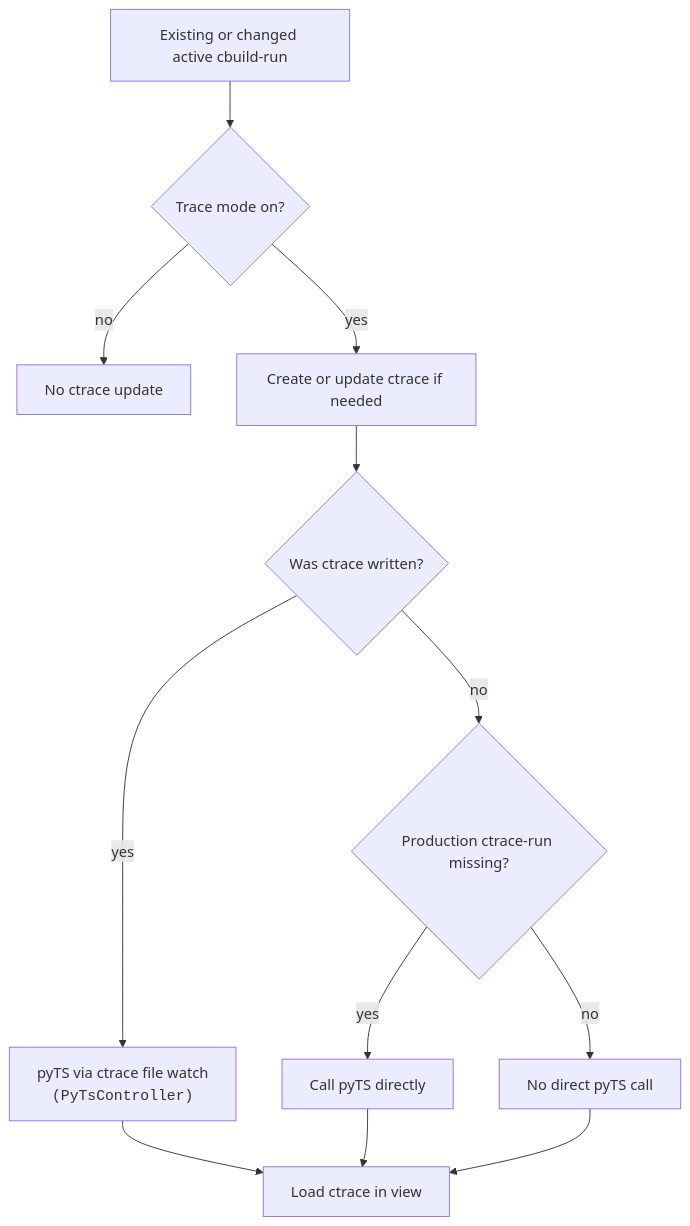
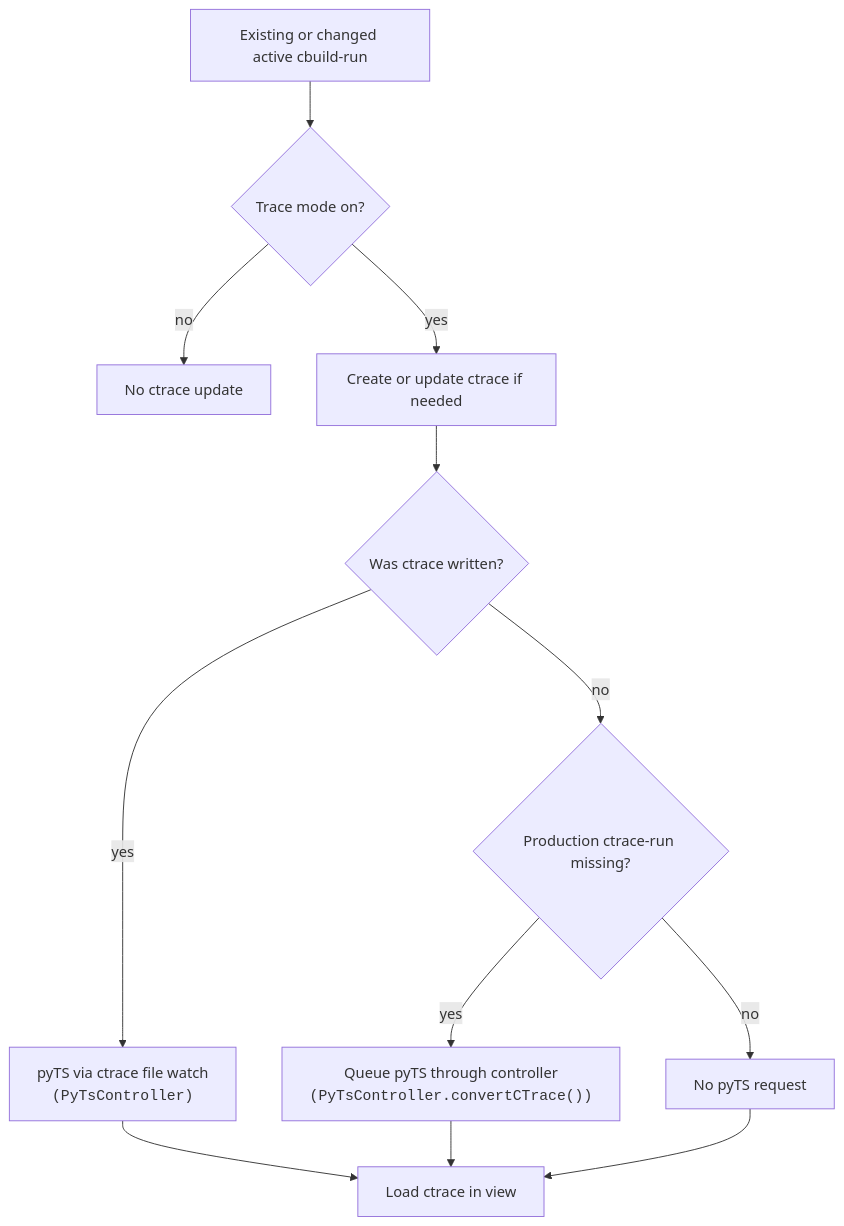
One commit to Open-CMSIS-Pack/vscode-cmsis-debugger changed the second of 4 diagrams in docs/trace-configuration/update-triggers.md. Above: the diagram before and after it, drawn with Mermaid. The commit also changed other lines of this file and 8 other files, not shown here.

````diff
--- a/docs/trace-configuration/update-triggers.md
+++ b/docs/trace-configuration/update-triggers.md
@@ -52,14 +52,14 @@
 ```mermaid
 flowchart TD
     Event["Existing or changed active cbuild-run"] --> Mode{"Trace mode on?"}
     Mode -->|no| Off["No ctrace update"]
     Mode -->|yes| Update["Create or update ctrace if needed"]
     Update --> Written{"Was ctrace written?"}
     Written -->|yes| File["pyTS via ctrace file watch<br/><code>(PyTsController)</code>"]
     Written -->|no| Missing{"Production ctrace-run missing?"}
-    Missing -->|yes| Direct["Call pyTS directly"]
-    Missing -->|no| Skip["No direct pyTS call"]
+    Missing -->|yes| Direct["Queue pyTS through controller<br/><code>(PyTsController.convertCTrace())</code>"]
+    Missing -->|no| Skip["No pyTS request"]
     File --> Load["Load ctrace in view"]
     Direct --> Load
     Skip --> Load
 ```
````
